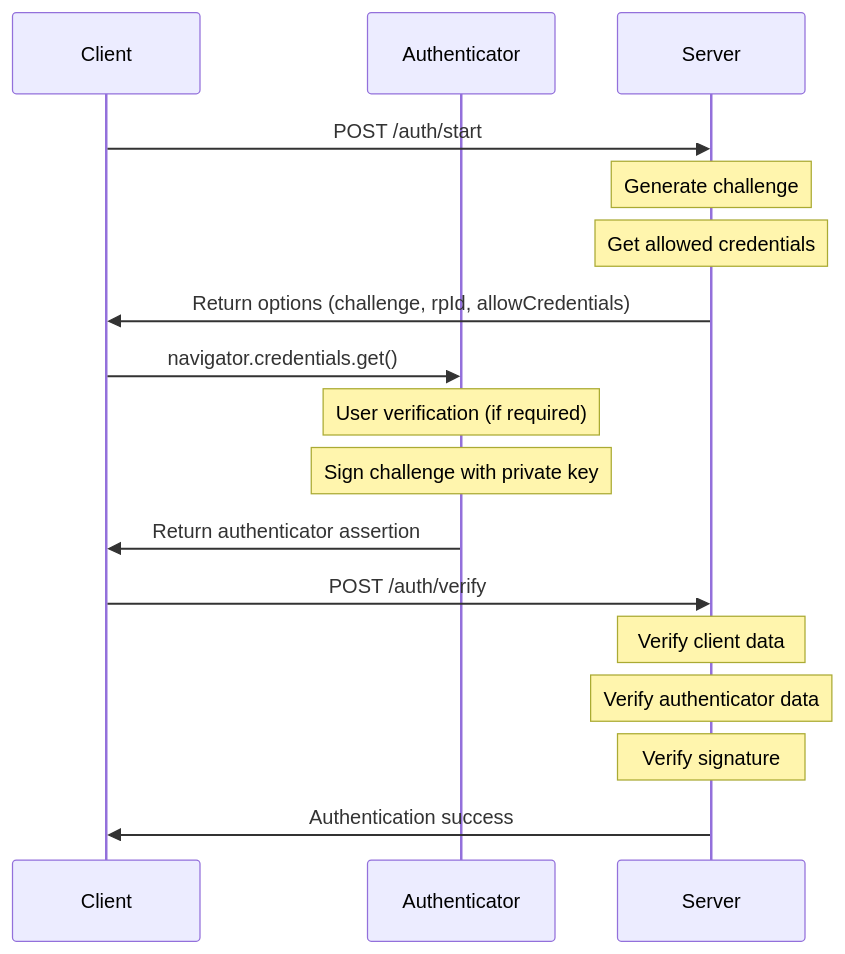
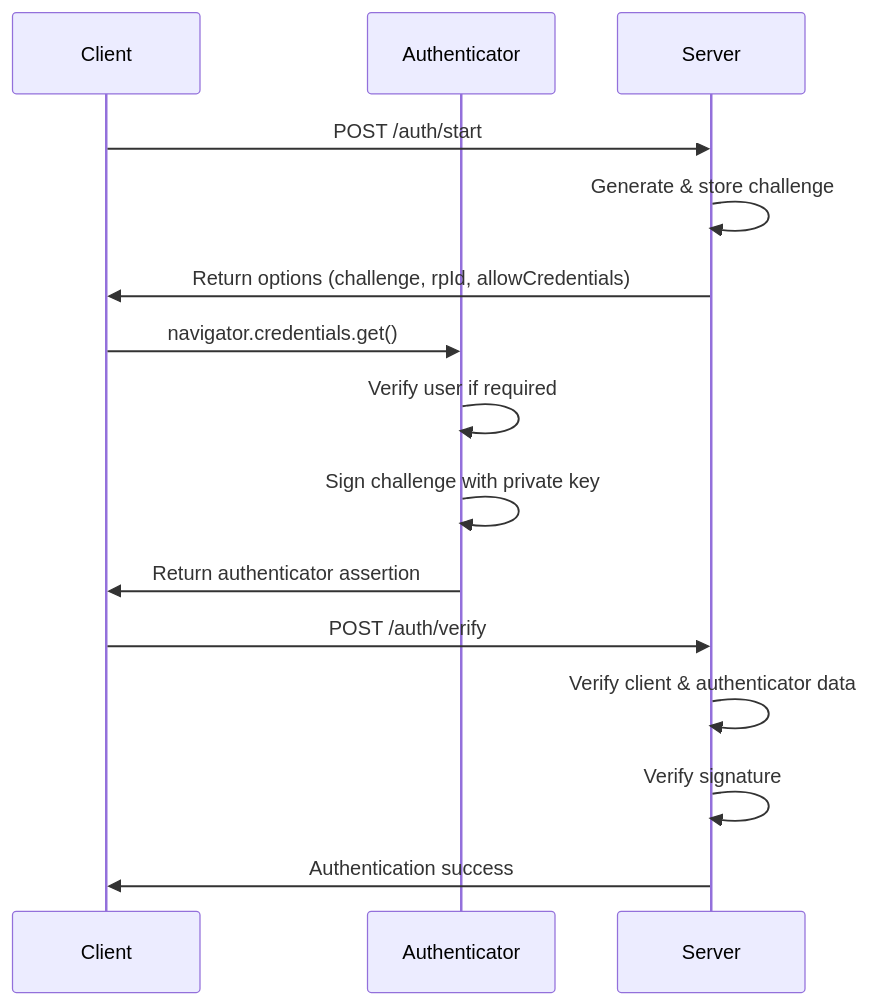
The second of 2 diagrams in 2025/AxumPasskey/Readme.en.md (ktaka-ccmp/ktaka.blog.ccmp.jp), drawn with Mermaid before and after one commit. The commit also changed other lines of this file, not shown here.

````diff
--- a/2025/AxumPasskey/Readme.en.md
+++ b/2025/AxumPasskey/Readme.en.md
@@ -50,22 +67,20 @@
 ```mermaid
 sequenceDiagram
     participant C as Client
     participant A as Authenticator
     participant S as Server
 
     C->>S: POST /auth/start
-    Note over S: Generate challenge
-    Note over S: Get allowed credentials
+    S->>S: Generate & store challenge
     S->>C: Return options (challenge, rpId, allowCredentials)
     
     C->>A: navigator.credentials.get()
-    Note over A: User verification (if required)
-    Note over A: Sign challenge with private key
+    A->>A: Verify user if required
+    A->>A: Sign challenge with private key
     A->>C: Return authenticator assertion
     
     C->>S: POST /auth/verify
-    Note over S: Verify client data
-    Note over S: Verify authenticator data
-    Note over S: Verify signature
+    S->>S: Verify client & authenticator data
+    S->>S: Verify signature
     S->>C: Authentication success
 ```
````
